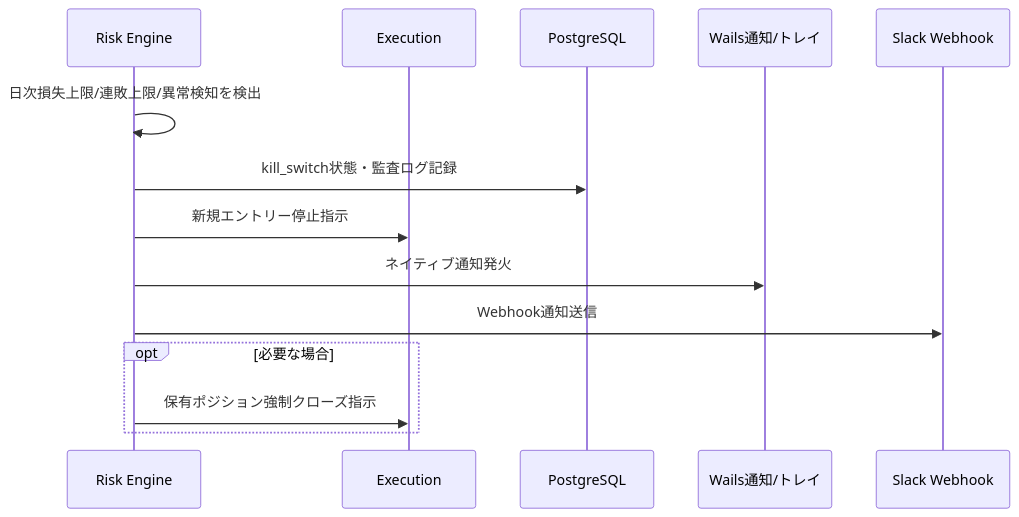
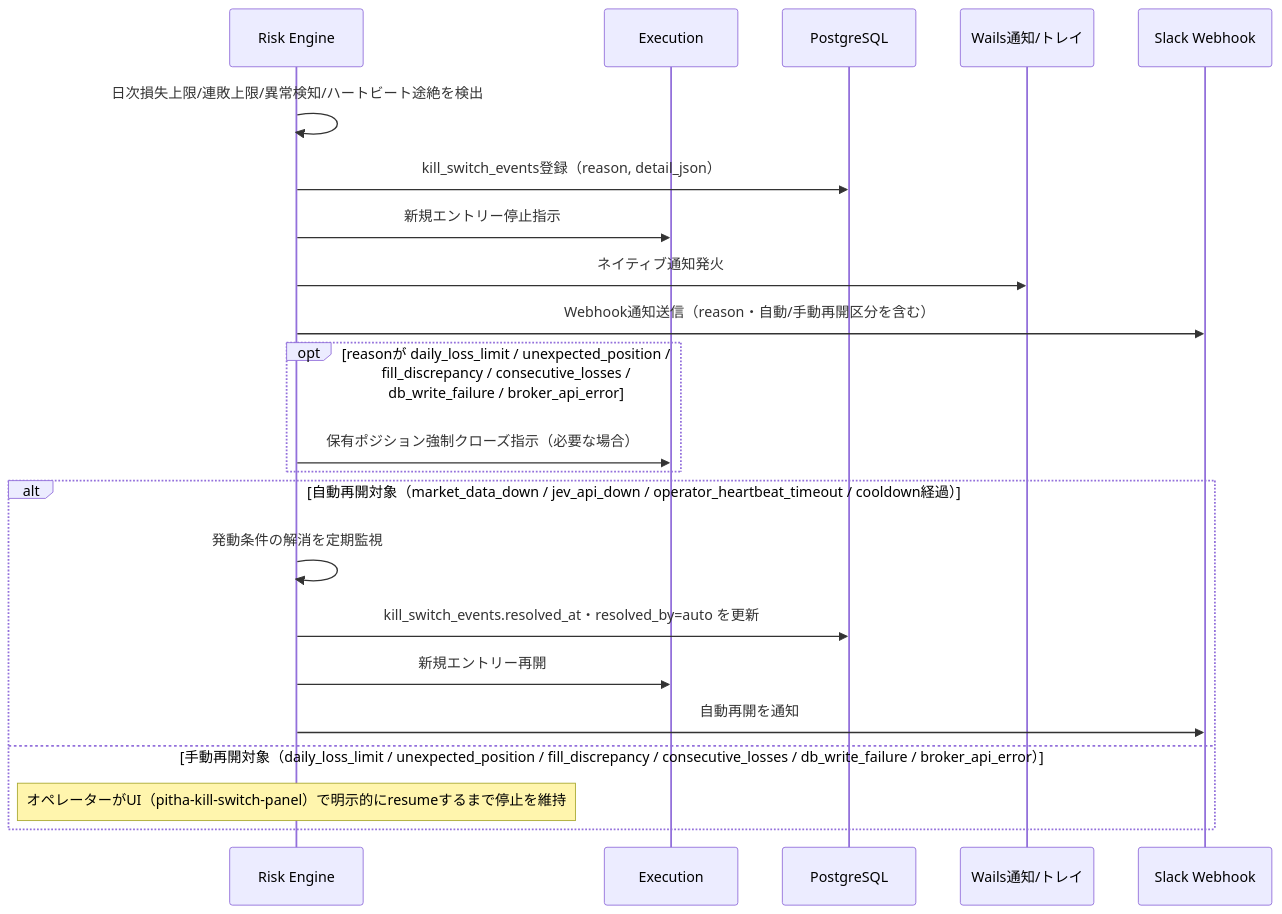
The third of 4 diagrams in docs/architecture/overview.md (ousiassllc/pitha-trador), drawn with Mermaid before and after one commit. The commit also changed other lines of this file and 2 other files, not shown here.

````diff
--- a/docs/architecture/overview.md
+++ b/docs/architecture/overview.md
@@ -193,17 +193,25 @@
 ```mermaid
 sequenceDiagram
     participant RE as Risk Engine
     participant EX as Execution
     participant DB as PostgreSQL
     participant TRAY as Wails通知/トレイ
     participant SLACK as Slack Webhook
 
-    RE->>RE: 日次損失上限/連敗上限/異常検知を検出
-    RE->>DB: kill_switch状態・監査ログ記録
+    RE->>RE: 日次損失上限/連敗上限/異常検知/ハートビート途絶を検出
+    RE->>DB: kill_switch_events登録（reason, detail_json）
     RE->>EX: 新規エントリー停止指示
     RE->>TRAY: ネイティブ通知発火
-    RE->>SLACK: Webhook通知送信
-    opt 必要な場合
-        RE->>EX: 保有ポジション強制クローズ指示
+    RE->>SLACK: Webhook通知送信（reason・自動/手動再開区分を含む）
+    opt reasonが daily_loss_limit / unexpected_position / fill_discrepancy / consecutive_losses / db_write_failure / broker_api_error
+        RE->>EX: 保有ポジション強制クローズ指示（必要な場合）
+    end
+    alt 自動再開対象（market_data_down / jev_api_down / operator_heartbeat_timeout / cooldown経過）
+        RE->>RE: 発動条件の解消を定期監視
+        RE->>DB: kill_switch_events.resolved_at・resolved_by=auto を更新
+        RE->>EX: 新規エントリー再開
+        RE->>SLACK: 自動再開を通知
+    else 手動再開対象（daily_loss_limit / unexpected_position / fill_discrepancy / consecutive_losses / db_write_failure / broker_api_error）
+        Note over RE: オペレーターがUI（pitha-kill-switch-panel）で明示的にresumeするまで停止を維持
     end
 ```
````
